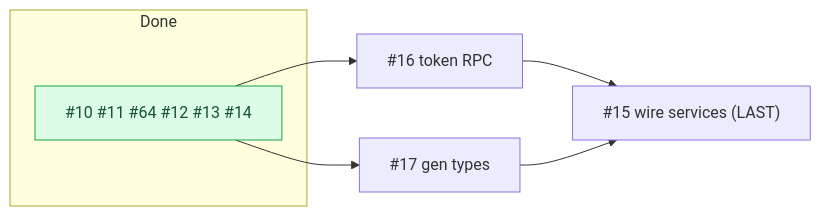
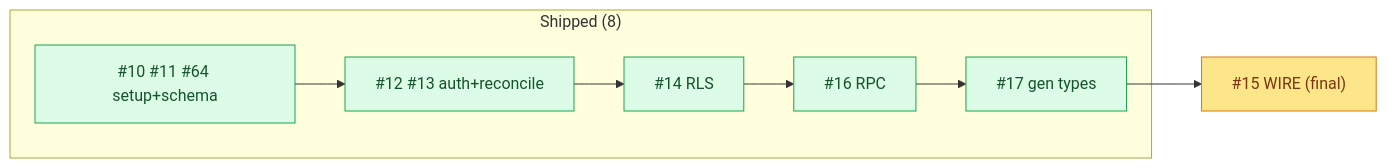
The diagram in docs/audits/milestone-Phase 2 - Backend Supabase & auth-audit.md (zestones/vista), drawn with Mermaid before and after one commit. The commit also changed other lines of this file, not shown here.

````diff
--- a/docs/audits/milestone-Phase 2 - Backend Supabase & auth-audit.md
+++ b/docs/audits/milestone-Phase 2 - Backend Supabase & auth-audit.md
@@ -22,12 +9,11 @@
 ```mermaid
 graph LR
-  subgraph Done
-    D["#10 #11 #64 #12 #13 #14"]
+  subgraph "Shipped (8)"
+    A["#10 #11 #64 setup+schema"] --> B["#12 #13 auth+reconcile"]
+    B --> C["#14 RLS"] --> D["#16 RPC"] --> E["#17 gen types"]
   end
-  D --> I16["#16 token RPC"]
-  D --> I17["#17 gen types"]
-  I16 --> I15["#15 wire services (LAST)"]
-  I17 --> I15
+  E --> F["#15 WIRE (final)"]
   classDef done fill:#dcfce7,stroke:#16a34a,color:#14532d;
-  class D done;
+  classDef last fill:#fde68a,stroke:#d97706,color:#78350f;
+  class A,B,C,D,E done; class F last;
 ```
````
